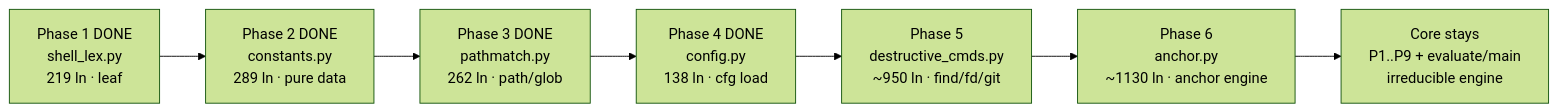
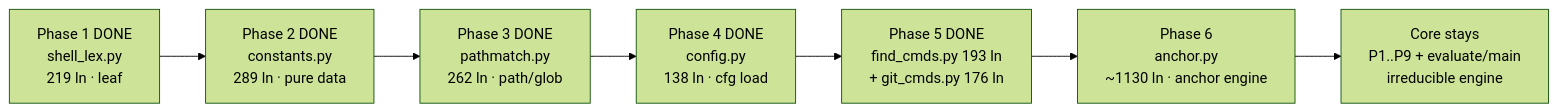
The first of 2 diagrams in docs/reference/monolith-split-plan.md (Yugoge/awesome-claude-harness), drawn with Mermaid (forest theme) before and after one commit. The commit also changed other lines of this file and 4 other files, not shown here.

First line of the commit message:
refactor(runtime_guard): extract find_cmds + git_cmds phase-5

````diff
--- a/docs/reference/monolith-split-plan.md
+++ b/docs/reference/monolith-split-plan.md
@@ -132,9 +159,9 @@
 ```mermaid
 graph LR
     P1["Phase 1 DONE<br/>shell_lex.py<br/>219 ln · leaf"] --> P2["Phase 2 DONE<br/>constants.py<br/>289 ln · pure data"]
     P2 --> P3["Phase 3 DONE<br/>pathmatch.py<br/>262 ln · path/glob"]
     P3 --> P4["Phase 4 DONE<br/>config.py<br/>138 ln · cfg load"]
-    P4 --> P5["Phase 5<br/>destructive_cmds.py<br/>~950 ln · find/fd/git"]
+    P4 --> P5["Phase 5 DONE<br/>find_cmds.py 193 ln<br/>+ git_cmds.py 176 ln"]
     P5 --> P6["Phase 6<br/>anchor.py<br/>~1130 ln · anchor engine"]
     P6 --> P7["Core stays<br/>P1..P9 + evaluate/main<br/>irreducible engine"]
 ```
````
